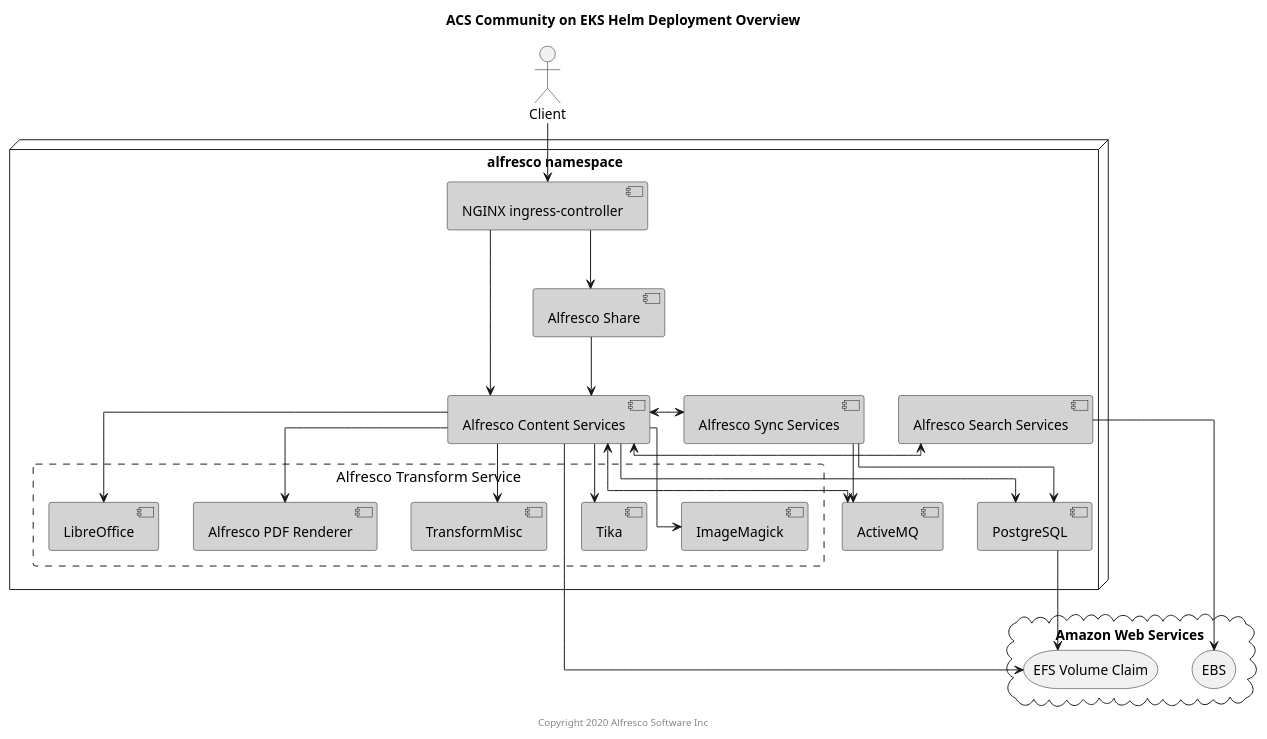
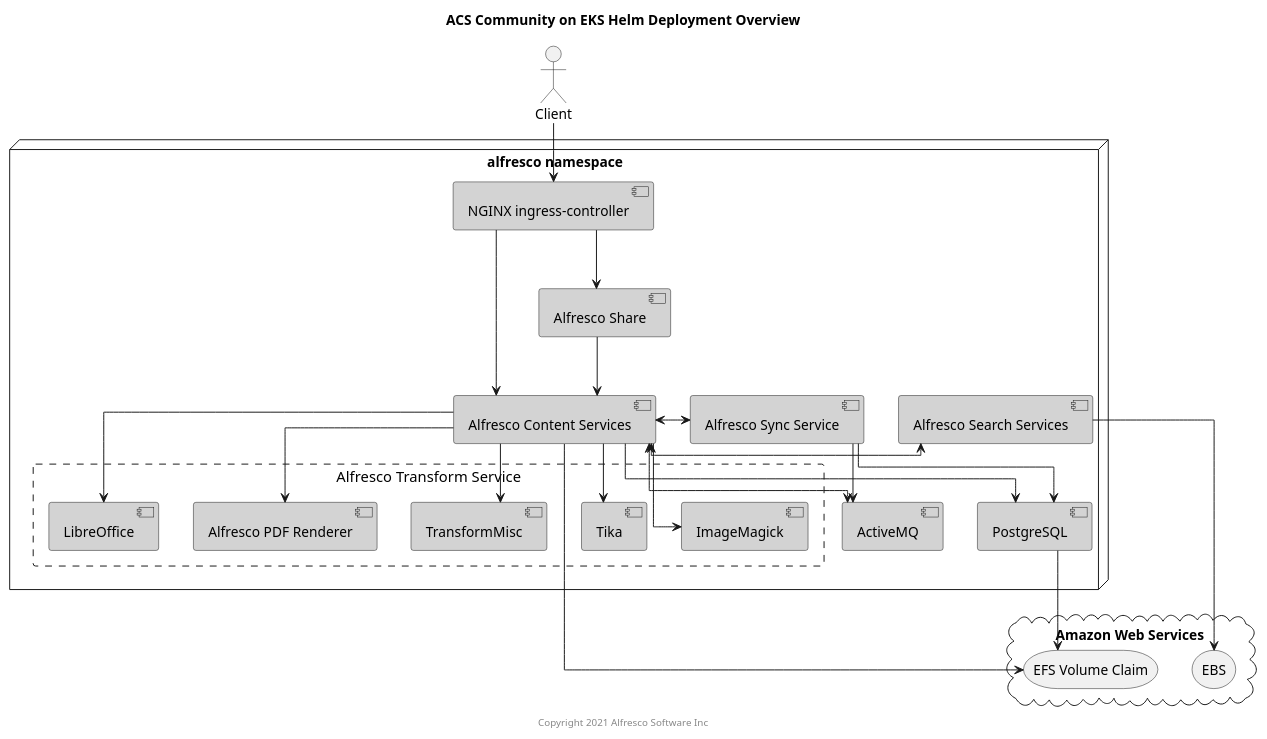
Before and after one commit to Alfresco/acs-deployment: the diagram in docs/helm/diagrams/helm-eks-community.puml, drawn with PlantUML. The commit also changed 9 other files, not shown here.

```diff
--- a/docs/helm/diagrams/helm-eks-community.puml
+++ b/docs/helm/diagrams/helm-eks-community.puml
@@ -1,62 +1,62 @@
 @startuml
 
 Title: ACS Community on EKS Helm Deployment Overview
 
 skinparam componentStyle uml2
 skinparam linetype ortho
 skinparam rectangle {
     BorderStyle dashed
     FontSize 15
     FontStyle none
 }
 
 actor Client
 
 node "alfresco namespace" {
     component "NGINX ingress-controller" as nginx #lightgrey
     component "Alfresco Content Services" as acs #lightgrey
     component "Alfresco Search Services" as ass #lightgrey
-    component "Alfresco Sync Services" as sync #lightgrey
+    component "Alfresco Sync Service" as sync #lightgrey
     component "PostgreSQL" as psql #lightgrey
     component "Alfresco Share" as share #lightgrey
     component "ActiveMQ" as amq #lightgrey
     rectangle "Alfresco Transform Service" {
         component "Alfresco PDF Renderer" as pdfr #lightgrey
         component "LibreOffice" as libr #lightgrey
         component "ImageMagick" as img #lightgrey
         component "Tika" as tika #lightgrey
         component "TransformMisc" as misc #lightgrey
     }
 }
 
 cloud "Amazon Web Services" {
     storage "EBS" as ebs
     storage "EFS Volume Claim" as vc
 }
 
 Client --> nginx
 
 nginx --> acs
 nginx --> share
 
 acs --> vc
 psql --> vc
 ass --> ebs
 
 ass <-left-> acs
 acs --> psql
 acs --> pdfr
 acs --> libr
 acs --> img
 acs --> tika
 acs --> misc
 acs <--> amq
 share --> acs
 
 sync <-left-> acs
 sync --> psql
 sync --> amq
 
-center footer Copyright 2020 Alfresco Software Inc
+center footer Copyright 2021 Alfresco Software Inc
 
 @enduml
```
